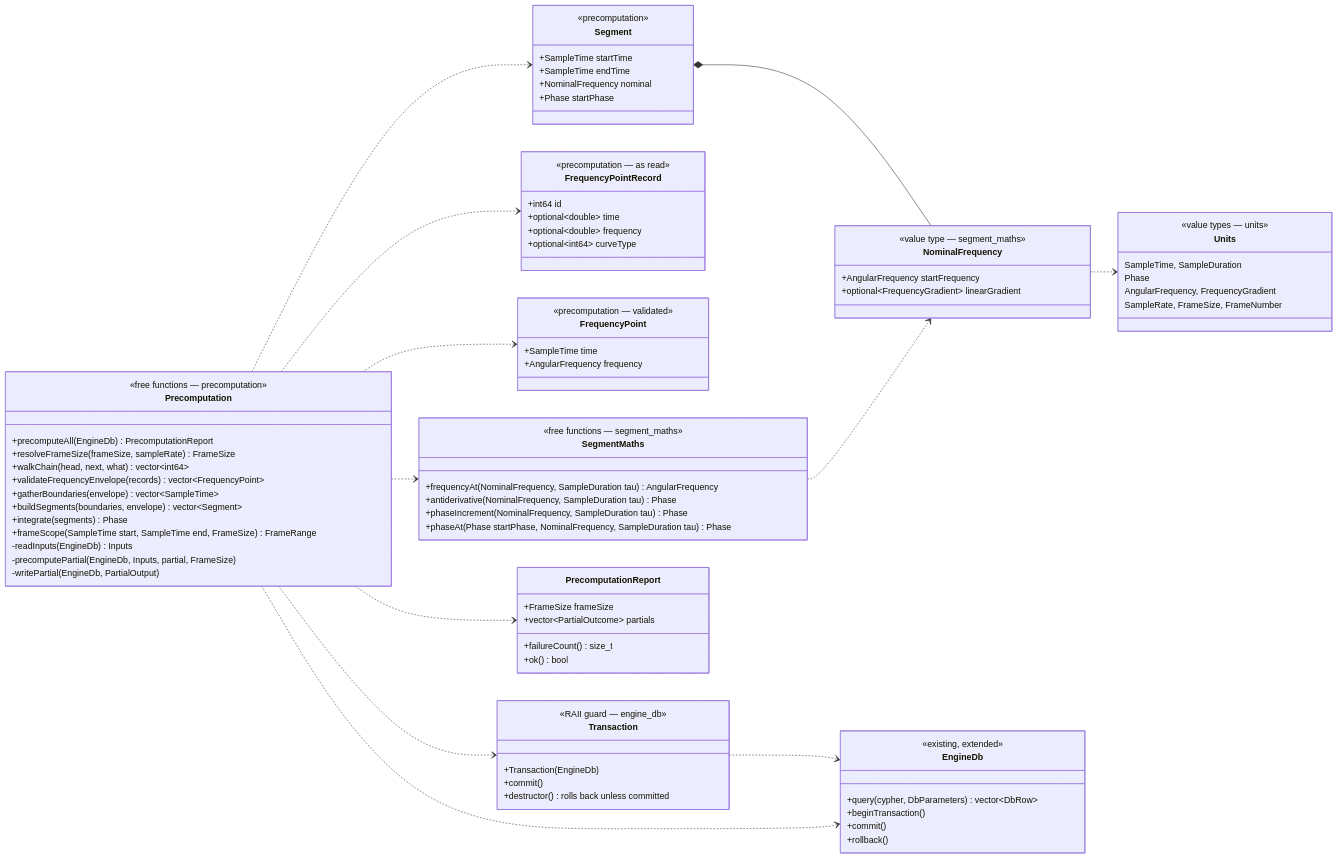
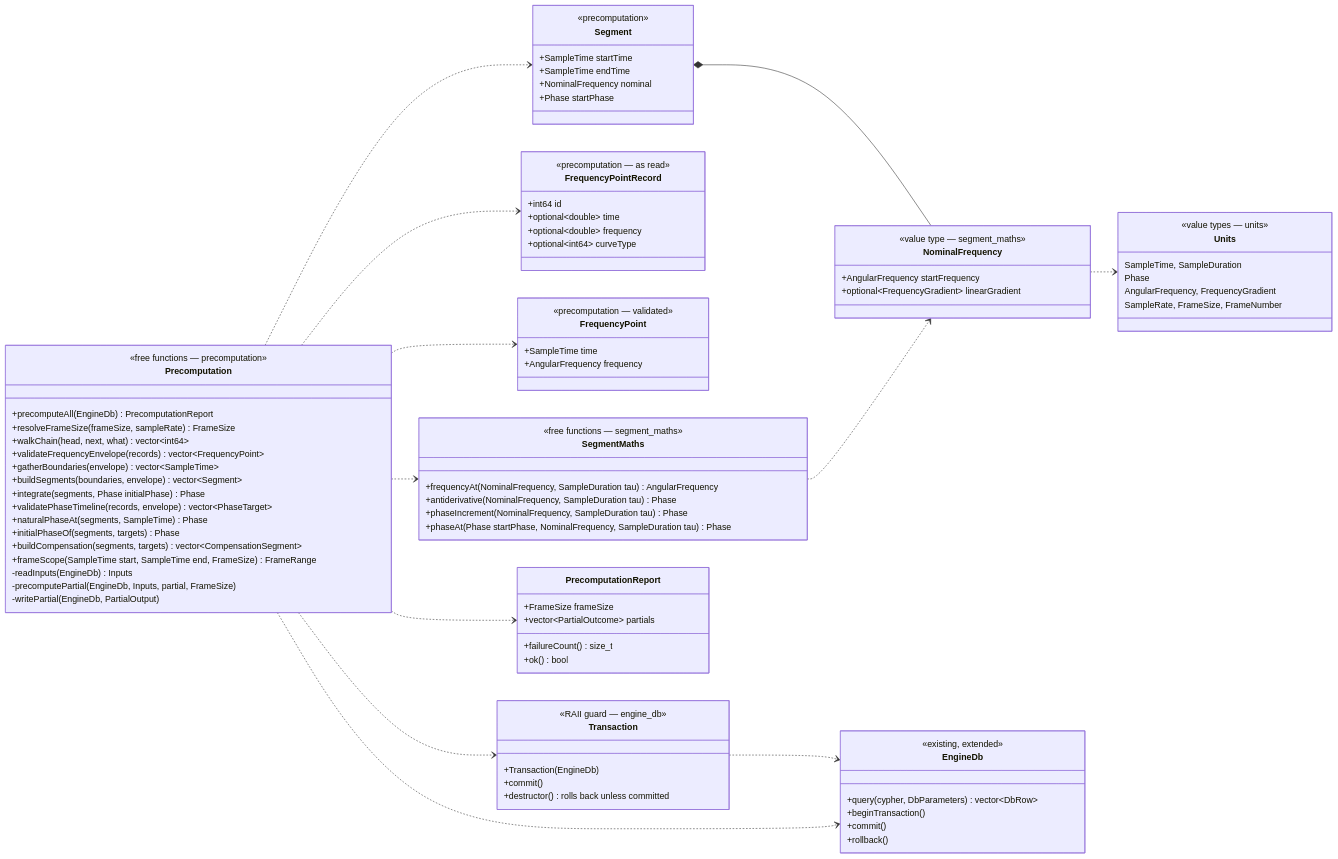
One commit to broadya/RAINBOHz changed the fourth of 4 diagrams in rendering-engine/docs/precomputation.md. Above: the diagram before and after it, drawn with Mermaid. The commit also changed other lines of this file and 35 other files, not shown here.

```diff
--- a/rendering-engine/docs/precomputation.md
+++ b/rendering-engine/docs/precomputation.md
@@ -710,7 +838,11 @@
         +validateFrequencyEnvelope(records) vector~FrequencyPoint~
         +gatherBoundaries(envelope) vector~SampleTime~
         +buildSegments(boundaries, envelope) vector~Segment~
-        +integrate(segments) Phase
+        +integrate(segments, Phase initialPhase) Phase
+        +validatePhaseTimeline(records, envelope) vector~PhaseTarget~
+        +naturalPhaseAt(segments, SampleTime) Phase
+        +initialPhaseOf(segments, targets) Phase
+        +buildCompensation(segments, targets) vector~CompensationSegment~
         +frameScope(SampleTime start, SampleTime end, FrameSize) FrameRange
         -readInputs(EngineDb) Inputs
         -precomputePartial(EngineDb, Inputs, partial, FrameSize)
```
